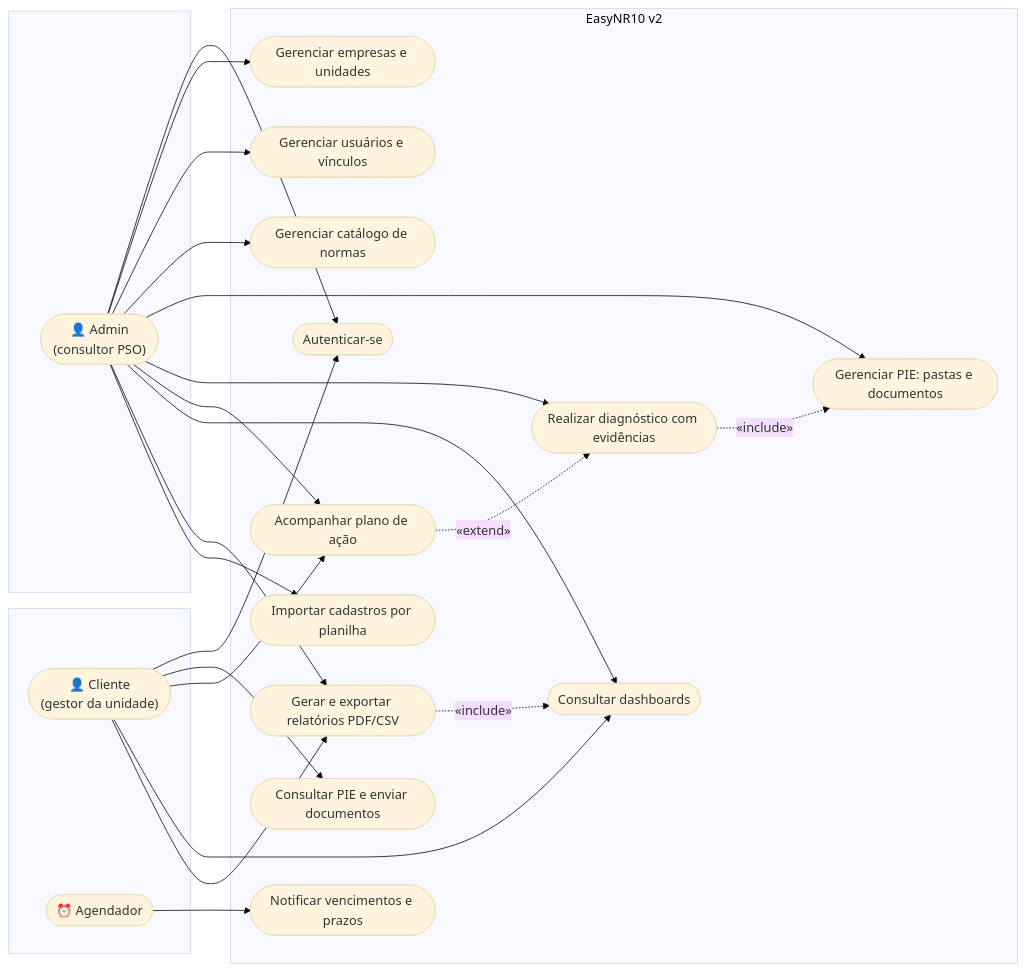
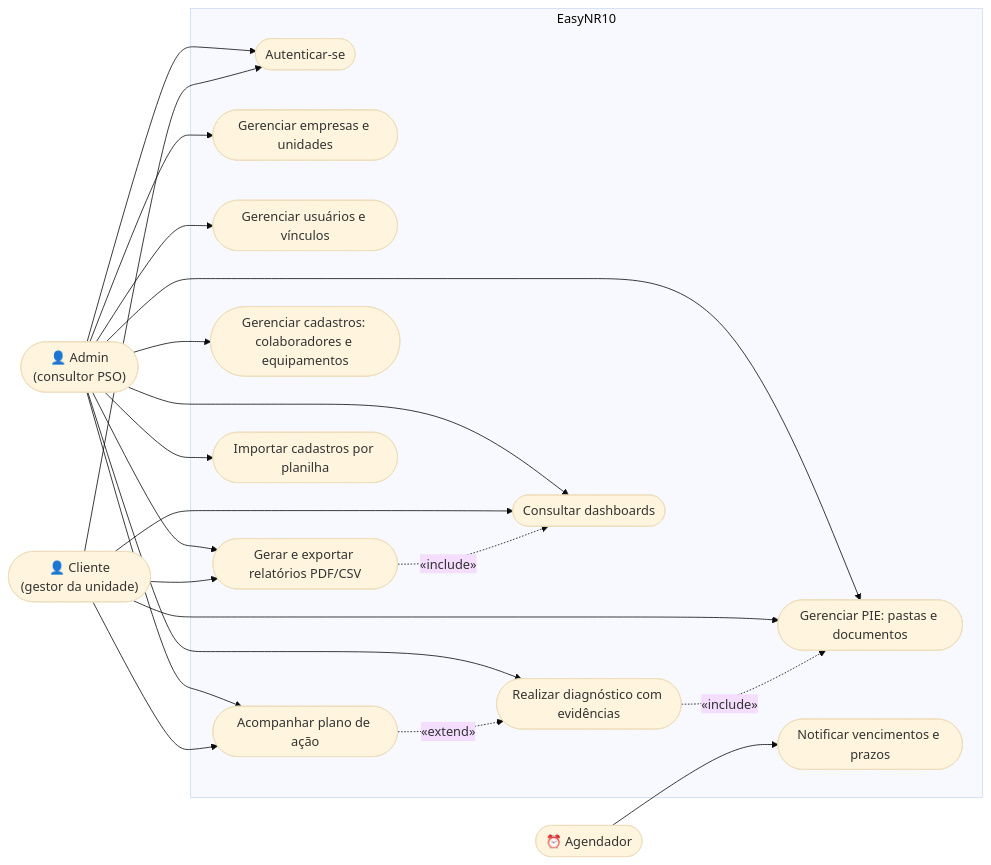
Before and after one commit to jcjoo/easynr10-fable: the first of 8 diagrams in projeto.md, drawn with Mermaid (base theme). The commit also changed other lines of this file and 89 other files, not shown here.

````diff
--- a/projeto.md
+++ b/projeto.md
@@ -53,32 +33,27 @@
 ```mermaid
 graph LR
-    subgraph atores_internos [" "]
-        ADM(["👤 Admin<br/>(consultor PSO)"])
-    end
-    subgraph atores_externos [" "]
-        CLI(["👤 Cliente<br/>(gestor da unidade)"])
-        SYS(["⏰ Agendador"])
-    end
+    ADM(["👤 Admin<br/>(consultor PSO)"])
+    CLI(["👤 Cliente<br/>(gestor da unidade)"])
+    SYS(["⏰ Agendador"])
 
-    subgraph EasyNR10["EasyNR10 v2"]
+    subgraph EasyNR10
         UC1([Autenticar-se])
         UC2([Gerenciar empresas e unidades])
         UC3([Gerenciar usuários e vínculos])
-        UC4([Gerenciar catálogo de normas])
-        UC5([Gerenciar PIE: pastas e documentos])
-        UC6([Realizar diagnóstico com evidências])
-        UC7([Acompanhar plano de ação])
+        UC4([Gerenciar PIE: pastas e documentos])
+        UC5([Realizar diagnóstico com evidências])
+        UC6([Acompanhar plano de ação])
+        UC7([Gerenciar cadastros: colaboradores e equipamentos])
         UC8([Consultar dashboards])
         UC9([Gerar e exportar relatórios PDF/CSV])
         UC10([Importar cadastros por planilha])
         UC11([Notificar vencimentos e prazos])
-        UC12([Consultar PIE e enviar documentos])
     end
 
     ADM --> UC1 & UC2 & UC3 & UC4 & UC5 & UC6 & UC7 & UC8 & UC9 & UC10
-    CLI --> UC1 & UC12 & UC7 & UC8 & UC9
+    CLI --> UC1 & UC4 & UC6 & UC8 & UC9
     SYS --> UC11
-    UC6 -.«include».-> UC5
-    UC7 -.«extend».-> UC6
+    UC5 -.«include».-> UC4
+    UC6 -.«extend».-> UC5
     UC9 -.«include».-> UC8
 ```
````
